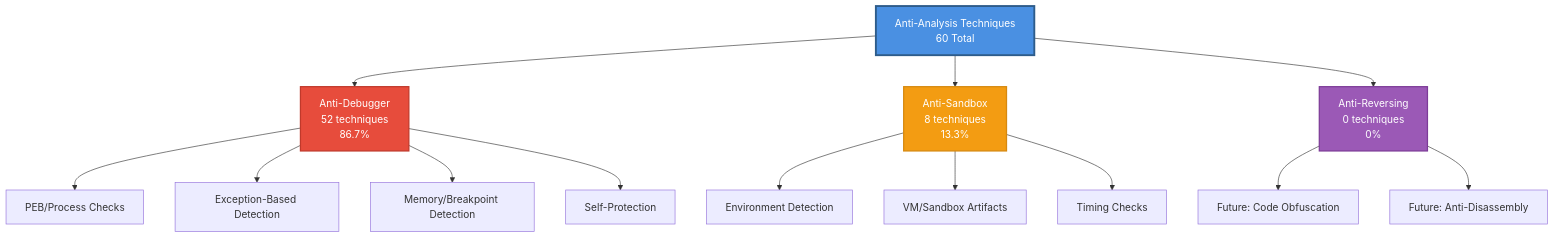
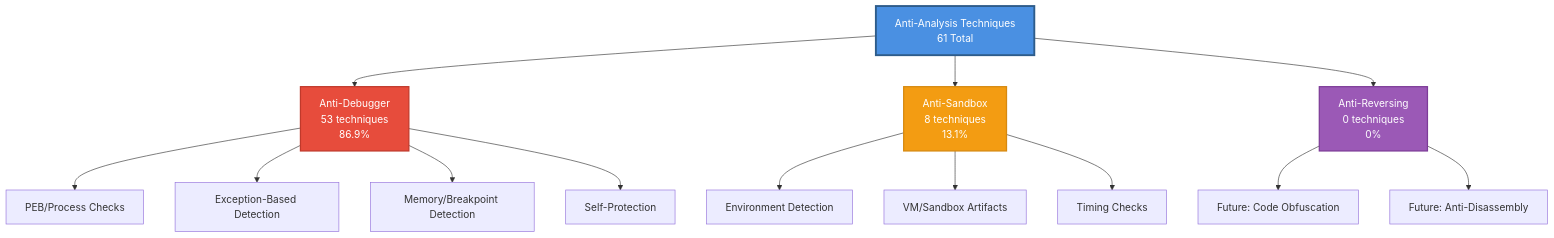
One commit to mabj/anti changed the diagram in README.md. Above: the diagram before and after it, drawn with Mermaid. The commit also changed other lines of this file and 7 other files, not shown here.

````diff
--- a/README.md
+++ b/README.md
@@ -69,23 +69,23 @@
 ```mermaid
 graph TB
-    A[Anti-Analysis Techniques<br/>60 Total] --> B[Anti-Debugger<br/>52 techniques<br/>86.7%]
-    A --> C[Anti-Sandbox<br/>8 techniques<br/>13.3%]
+    A[Anti-Analysis Techniques<br/>61 Total] --> B[Anti-Debugger<br/>53 techniques<br/>86.9%]
+    A --> C[Anti-Sandbox<br/>8 techniques<br/>13.1%]
     A --> D[Anti-Reversing<br/>0 techniques<br/>0%]
 
     B --> B1[PEB/Process Checks]
     B --> B2[Exception-Based Detection]
     B --> B3[Memory/Breakpoint Detection]
     B --> B4[Self-Protection]
 
     C --> C1[Environment Detection]
     C --> C2[VM/Sandbox Artifacts]
     C --> C3[Timing Checks]
 
     D --> D1[Future: Code Obfuscation]
     D --> D2[Future: Anti-Disassembly]
 
     style A fill:#4A90E2,stroke:#2E5C8A,stroke-width:3px,color:#fff
     style B fill:#E74C3C,stroke:#C0392B,stroke-width:2px,color:#fff
     style C fill:#F39C12,stroke:#D68910,stroke-width:2px,color:#fff
     style D fill:#9B59B6,stroke:#7D3C98,stroke-width:2px,color:#fff
 ```
````
